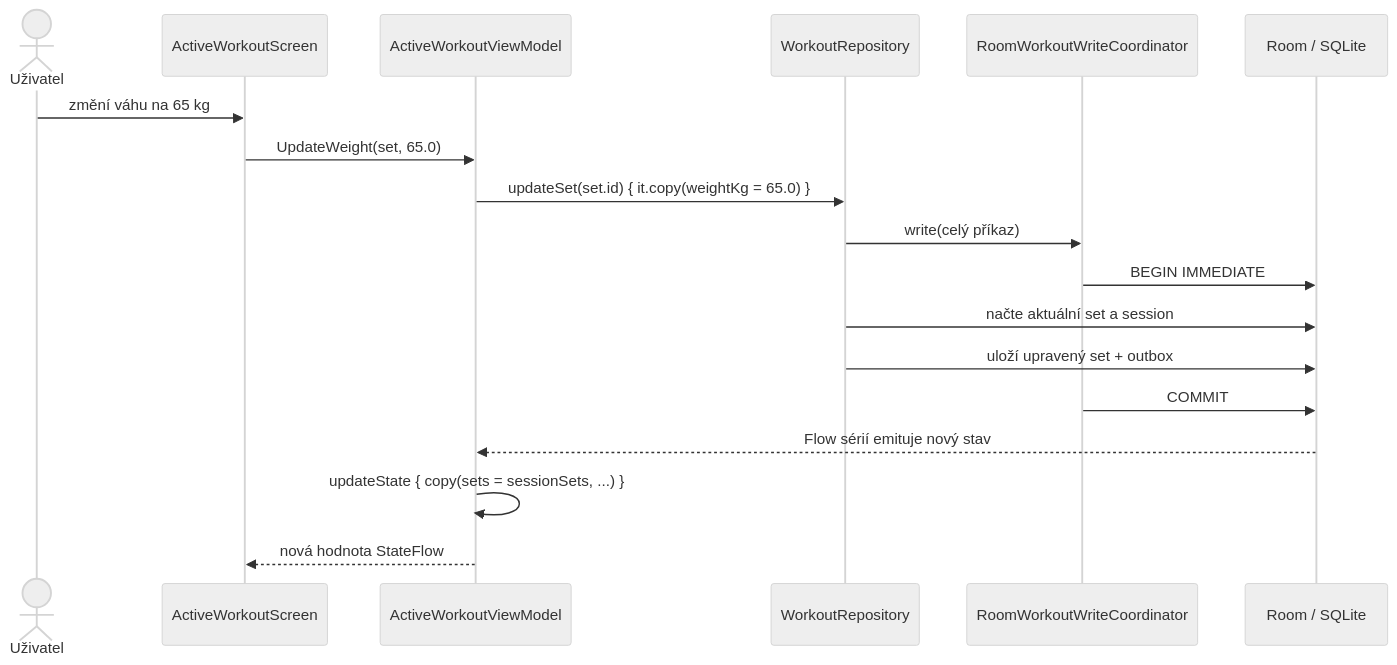
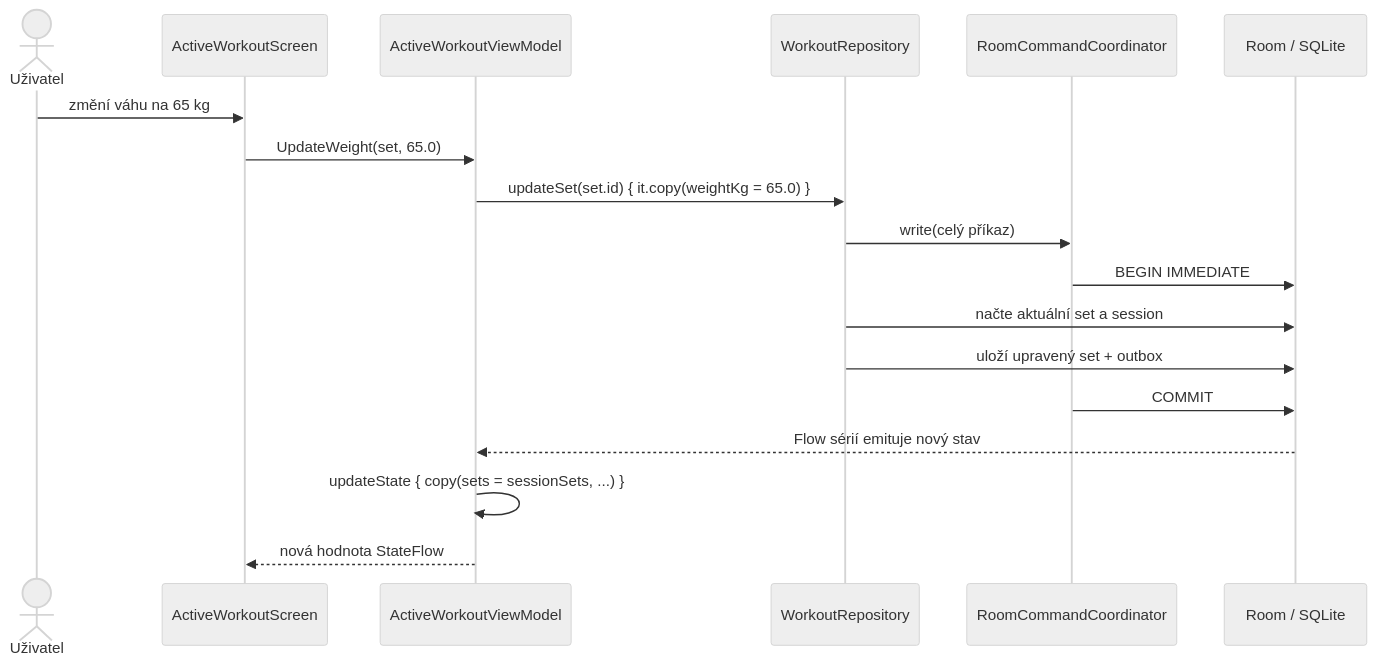
Before and after one commit to Yhdista/ContentApp: the second of 3 diagrams in docs/mvi.md, drawn with Mermaid (neutral theme). The commit also changed other lines of this file and 88 other files, not shown here.

````diff
--- a/docs/mvi.md
+++ b/docs/mvi.md
@@ -157,20 +157,20 @@
 ```mermaid
 sequenceDiagram
     actor User as Uživatel
     participant Screen as ActiveWorkoutScreen
     participant VM as ActiveWorkoutViewModel
     participant Repo as WorkoutRepository
-    participant Writer as RoomWorkoutWriteCoordinator
+    participant Writer as RoomCommandCoordinator
     participant DB as Room / SQLite
     User->>Screen: změní váhu na 65 kg
     Screen->>VM: UpdateWeight(set, 65.0)
     VM->>Repo: updateSet(set.id) { it.copy(weightKg = 65.0) }
     Repo->>Writer: write(celý příkaz)
     Writer->>DB: BEGIN IMMEDIATE
     Repo->>DB: načte aktuální set a session
     Repo->>DB: uloží upravený set + outbox
     Writer->>DB: COMMIT
     DB-->>VM: Flow sérií emituje nový stav
     VM->>VM: updateState { copy(sets = sessionSets, ...) }
     VM-->>Screen: nová hodnota StateFlow
 ```
````
